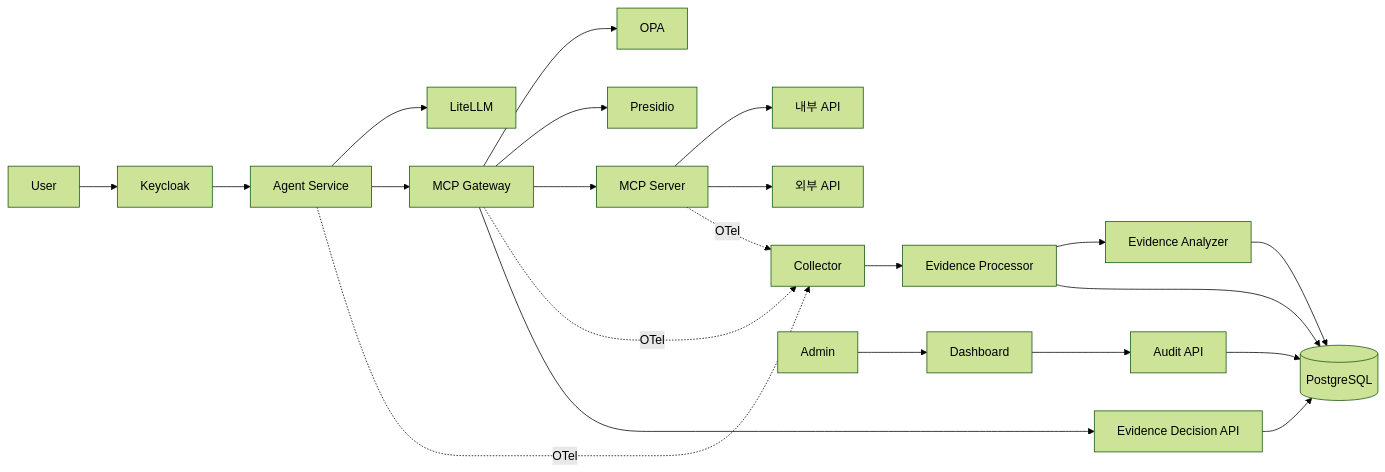
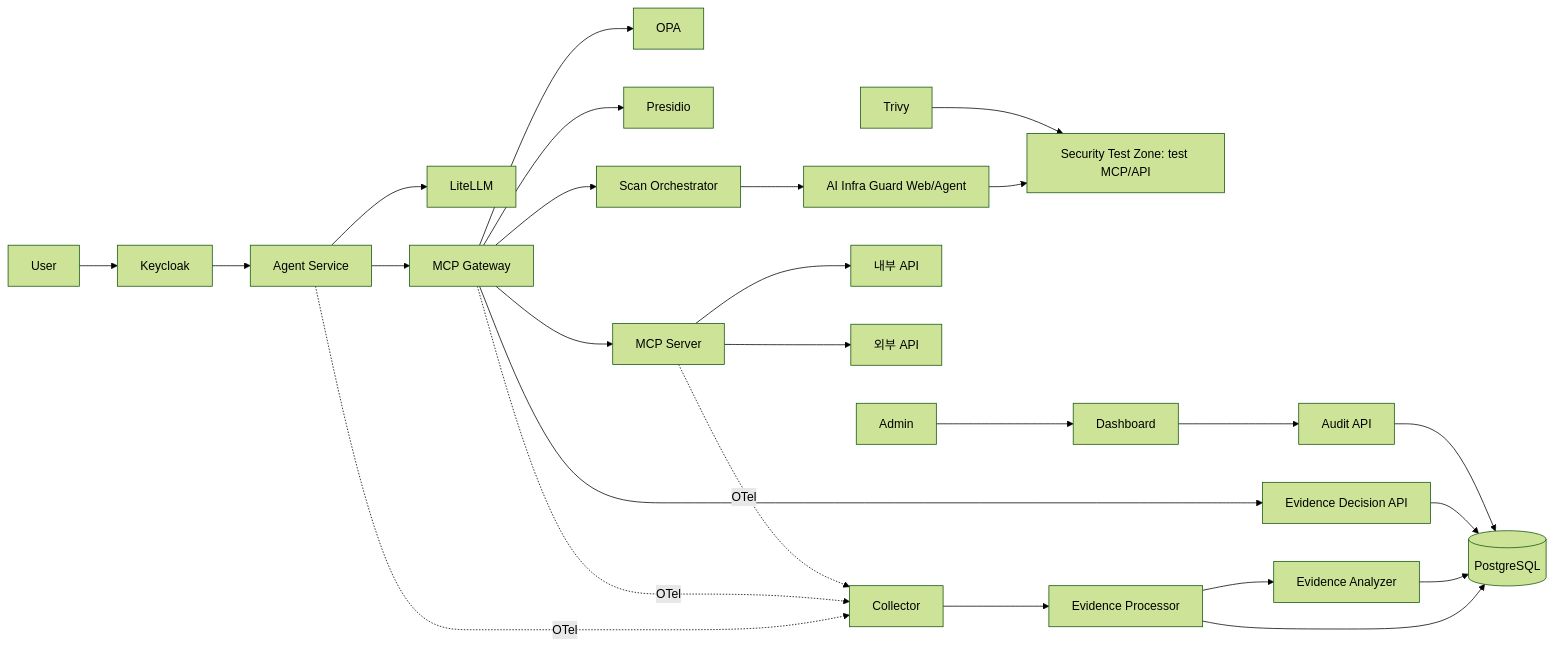
One commit to MCP-governance/mcp-gateway changed the diagram in README.md. Above: the diagram before and after it, drawn with Mermaid (forest theme). The commit also changed other lines of this file and 9 other files, not shown here.

Commit message:
Implement draw.io plan 2 scanner and isolated security test zone

````diff
--- a/README.md
+++ b/README.md
@@ -5,21 +5,25 @@
 ```mermaid
 flowchart LR
   User --> Keycloak --> Agent[Agent Service]
   Agent --> LiteLLM
   Agent --> Gateway[MCP Gateway]
   Gateway --> OPA
   Gateway --> Presidio
   Gateway --> MCP[MCP Server]
+  Gateway --> Scan[Scan Orchestrator]
+  Scan --> AIG[AI Infra Guard Web/Agent]
+  AIG --> Zone[Security Test Zone: test MCP/API]
+  Trivy --> Zone
   MCP --> Internal[내부 API]
   MCP --> External[외부 API]
   Agent -. OTel .-> Collector
   Gateway -. OTel .-> Collector
   MCP -. OTel .-> Collector
   Collector --> Processor[Evidence Processor]
   Processor --> Analyzer[Evidence Analyzer]
   Processor --> DB[(PostgreSQL)]
   Analyzer --> DB
   Gateway --> Decision[Evidence Decision API]
   Decision --> DB
   Admin --> Dashboard --> Audit[Audit API] --> DB
 ```
````
